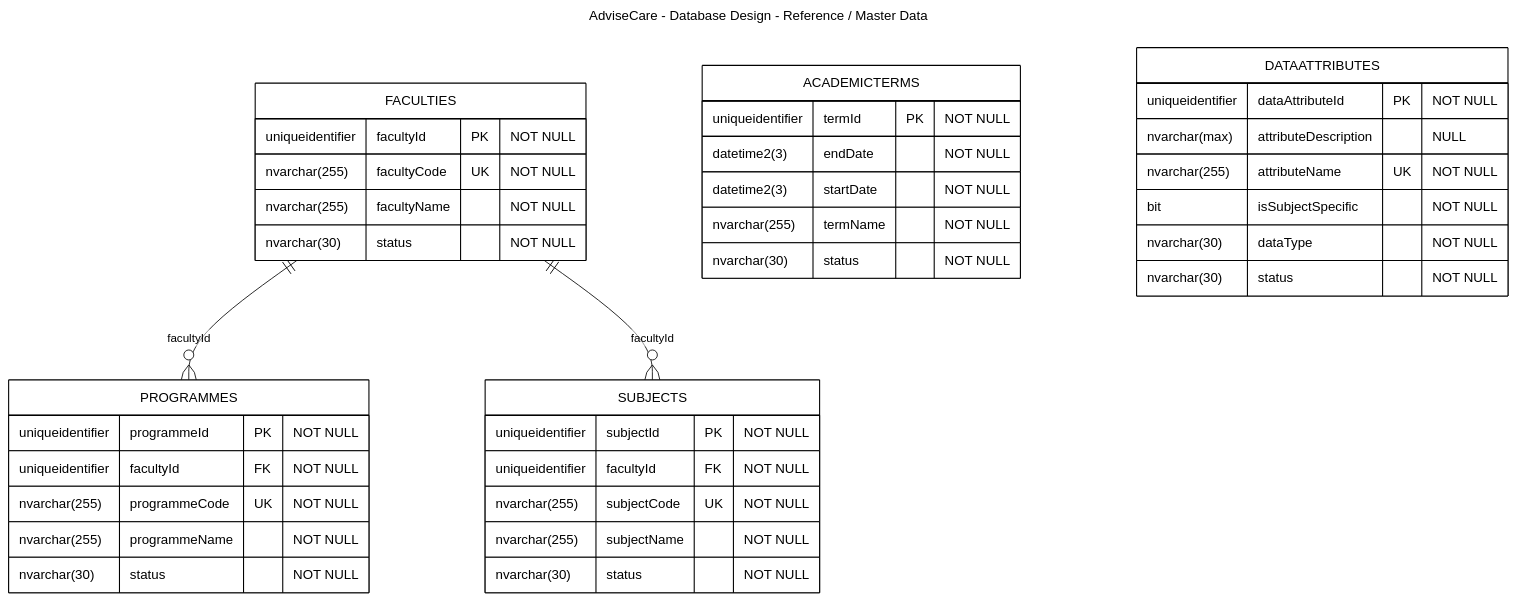
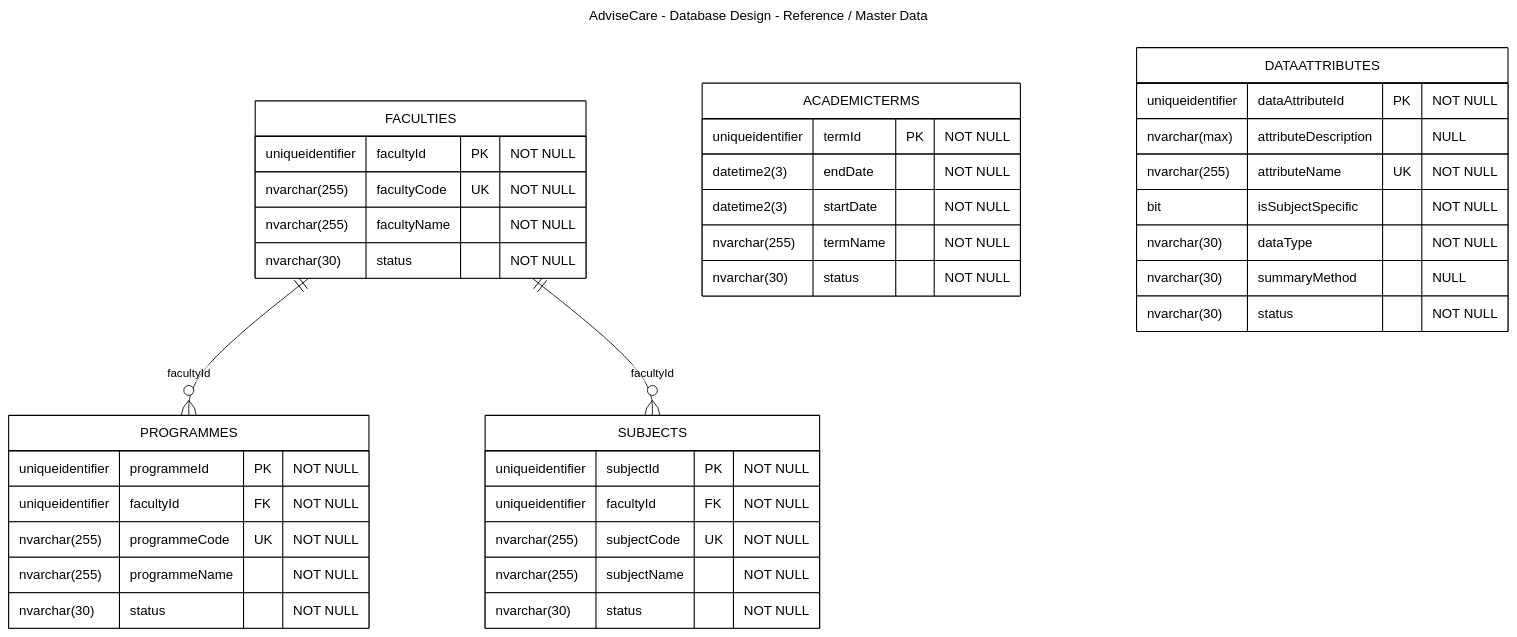
One commit to DanieLsvenn/AdviseCare changed the diagram in Mermaid/Report 4/Database Design/Database_Design_2_Reference_Master_Data.mmd. Above: the diagram before and after it, drawn with Mermaid. The commit also changed 55 other files, not shown here.

```diff
--- a/Mermaid/Report 4/Database Design/Database_Design_2_Reference_Master_Data.mmd
+++ b/Mermaid/Report 4/Database Design/Database_Design_2_Reference_Master_Data.mmd
@@ -1,42 +1,43 @@
 ---
 title: AdviseCare - Database Design - Reference / Master Data
 ---
 %%{init: {"theme":"base","themeVariables":{"background":"#ffffff","textColor":"#000000","primaryColor":"#ffffff","primaryTextColor":"#000000","primaryBorderColor":"#000000","secondaryColor":"#ffffff","secondaryTextColor":"#000000","secondaryBorderColor":"#000000","tertiaryColor":"#ffffff","tertiaryTextColor":"#000000","tertiaryBorderColor":"#000000","lineColor":"#000000","mainBkg":"#ffffff","secondBkg":"#ffffff","nodeBorder":"#000000","clusterBkg":"#ffffff","clusterBorder":"#000000","defaultLinkColor":"#000000","actorBkg":"#ffffff","actorBorder":"#000000","actorTextColor":"#000000","actorLineColor":"#000000","signalColor":"#000000","signalTextColor":"#000000","labelBoxBkgColor":"#ffffff","labelBoxBorderColor":"#000000","labelTextColor":"#000000","noteBkgColor":"#ffffff","noteBorderColor":"#000000","noteTextColor":"#000000","activationBkgColor":"#ffffff","activationBorderColor":"#000000","sequenceNumberColor":"#000000","attributeBackgroundColor":"#ffffff","classBackground":"#ffffff","classBorder":"#000000"}}}%%
 erDiagram
     FACULTIES {
         uniqueidentifier facultyId PK "NOT NULL"
         nvarchar(255) facultyCode UK "NOT NULL"
         nvarchar(255) facultyName "NOT NULL"
         nvarchar(30) status "NOT NULL"
     }
     PROGRAMMES {
         uniqueidentifier programmeId PK "NOT NULL"
         uniqueidentifier facultyId FK "NOT NULL"
         nvarchar(255) programmeCode UK "NOT NULL"
         nvarchar(255) programmeName "NOT NULL"
         nvarchar(30) status "NOT NULL"
     }
     ACADEMICTERMS {
         uniqueidentifier termId PK "NOT NULL"
         datetime2(3) endDate "NOT NULL"
         datetime2(3) startDate "NOT NULL"
         nvarchar(255) termName "NOT NULL"
         nvarchar(30) status "NOT NULL"
     }
     SUBJECTS {
         uniqueidentifier subjectId PK "NOT NULL"
         uniqueidentifier facultyId FK "NOT NULL"
         nvarchar(255) subjectCode UK "NOT NULL"
         nvarchar(255) subjectName "NOT NULL"
         nvarchar(30) status "NOT NULL"
     }
     DATAATTRIBUTES {
         uniqueidentifier dataAttributeId PK "NOT NULL"
         nvarchar(max) attributeDescription "NULL"
         nvarchar(255) attributeName UK "NOT NULL"
         bit isSubjectSpecific "NOT NULL"
         nvarchar(30) dataType "NOT NULL"
+        nvarchar(30) summaryMethod "NULL"
         nvarchar(30) status "NOT NULL"
     }
     FACULTIES ||--o{ PROGRAMMES : "facultyId"
     FACULTIES ||--o{ SUBJECTS : "facultyId"
```
